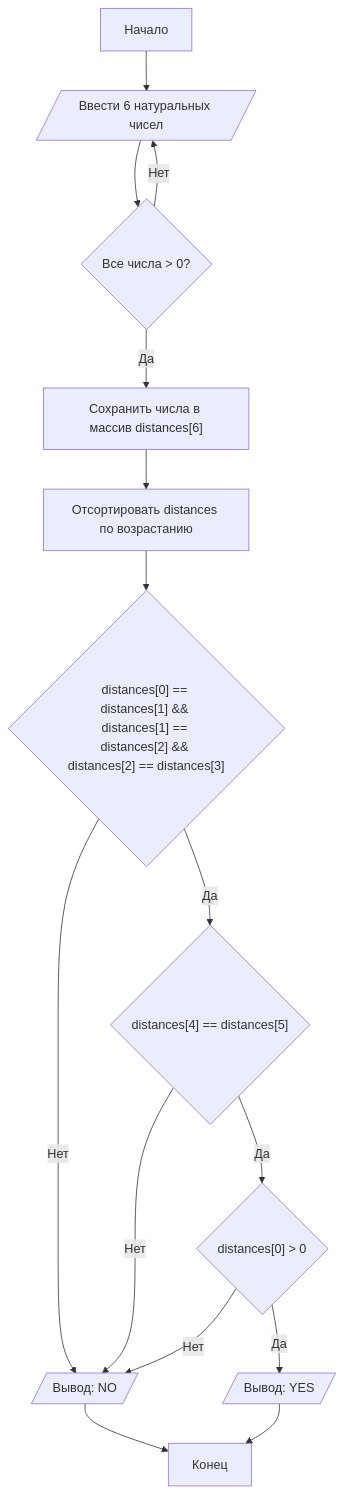
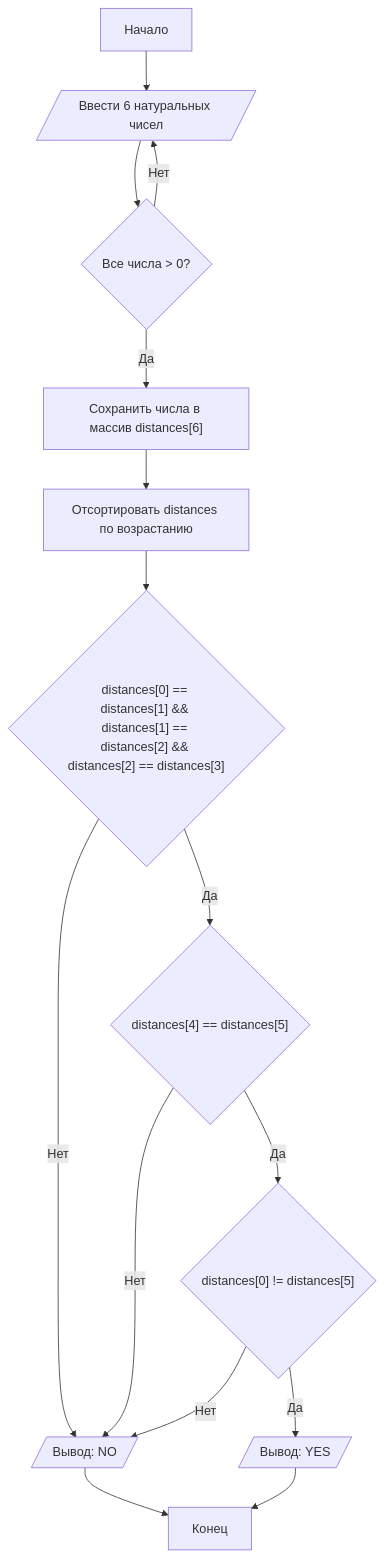
Before and after one commit to Arbuz123456789/arbuz: the diagram in README.md, drawn with Mermaid.

````diff
--- a/README.md
+++ b/README.md
@@ -79,18 +79,18 @@
 ```mermaid
 graph TD
     A[Начало] --> B[/Ввести 6 натуральных чисел/];
     B --> C{Все числа > 0?};
     C -- Нет --> B;
     C -- Да --> D["Сохранить числа в массив distances[6]"];
     D --> E["Отсортировать distances по возрастанию"];
     E --> F{"distances[0] == distances[1] && distances[1] == distances[2] && distances[2] == distances[3]"};
     F -- Да --> G{"distances[4] == distances[5]"};
     F -- Нет --> H[/Вывод: NO/];
-    G -- Да --> I{"distances[0] > 0"};
+    G -- Да --> I{"distances[0] != distances[5]"};
     G -- Нет --> H;
     I -- Да --> J[/Вывод: YES/];
     I -- Нет --> H;
     H --> K[Конец];
     J --> K;
 
 ```
````
